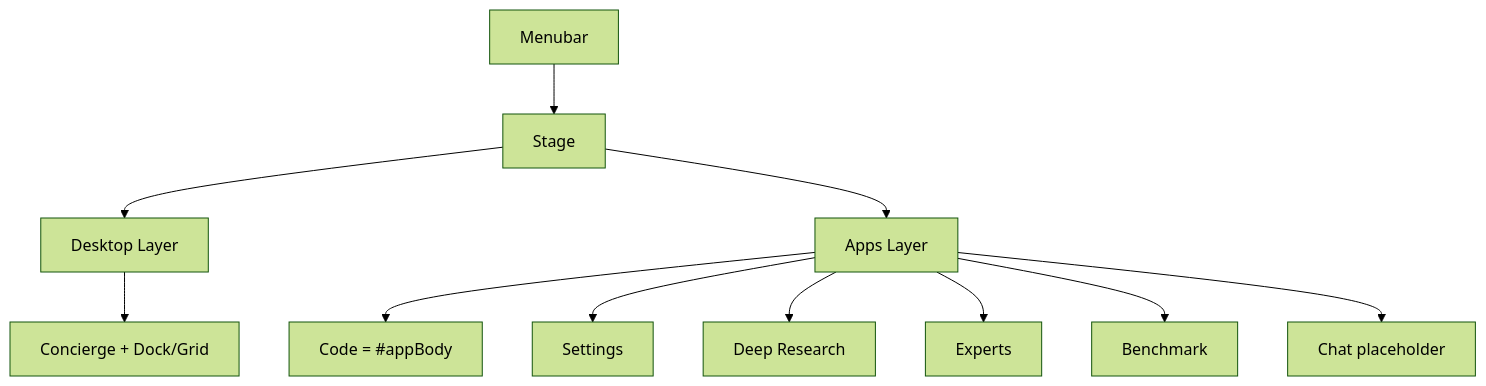
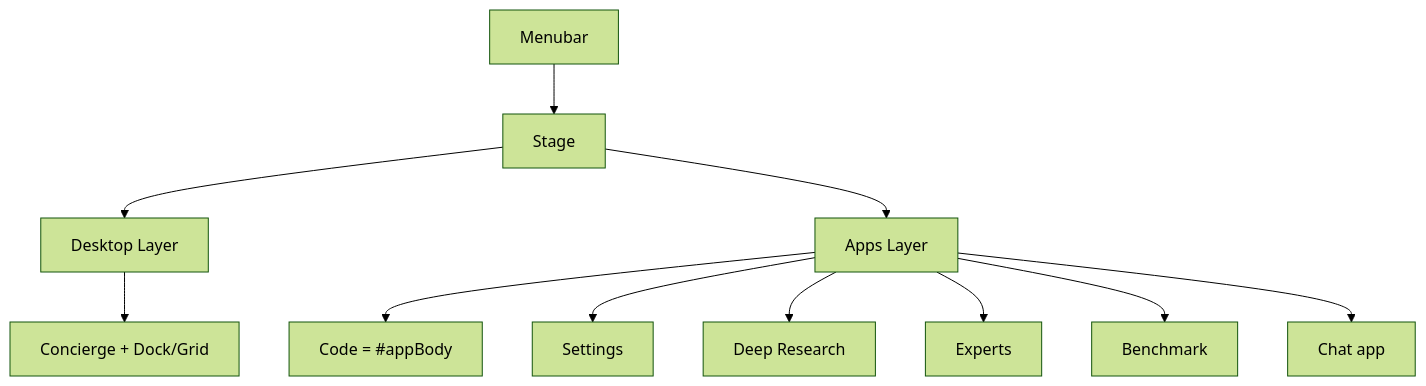
One commit to DukkyGames/Minnow changed the diagram in documentation/plans/minnowos-redesign.md. Above: the diagram before and after it, drawn with Mermaid (forest theme). The commit also changed other lines of this file and 94 other files, not shown here.

First line of the commit message:
✨ Enhance Chat App Integration and UI

````diff
--- a/documentation/plans/minnowos-redesign.md
+++ b/documentation/plans/minnowos-redesign.md
@@ -11,17 +11,17 @@
 ```mermaid
 flowchart TB
   MB[Menubar]
   ST[Stage]
   DL[Desktop Layer]
   AL[Apps Layer]
   MB --> ST
   ST --> DL
   ST --> AL
   DL --> CON[Concierge + Dock/Grid]
   AL --> CODE[Code = #appBody]
   AL --> SET[Settings]
   AL --> RES[Deep Research]
   AL --> EXP[Experts]
   AL --> BENCH[Benchmark]
-  AL --> CHAT[Chat placeholder]
+    AL --> CHAT[Chat app]
 ```
````
